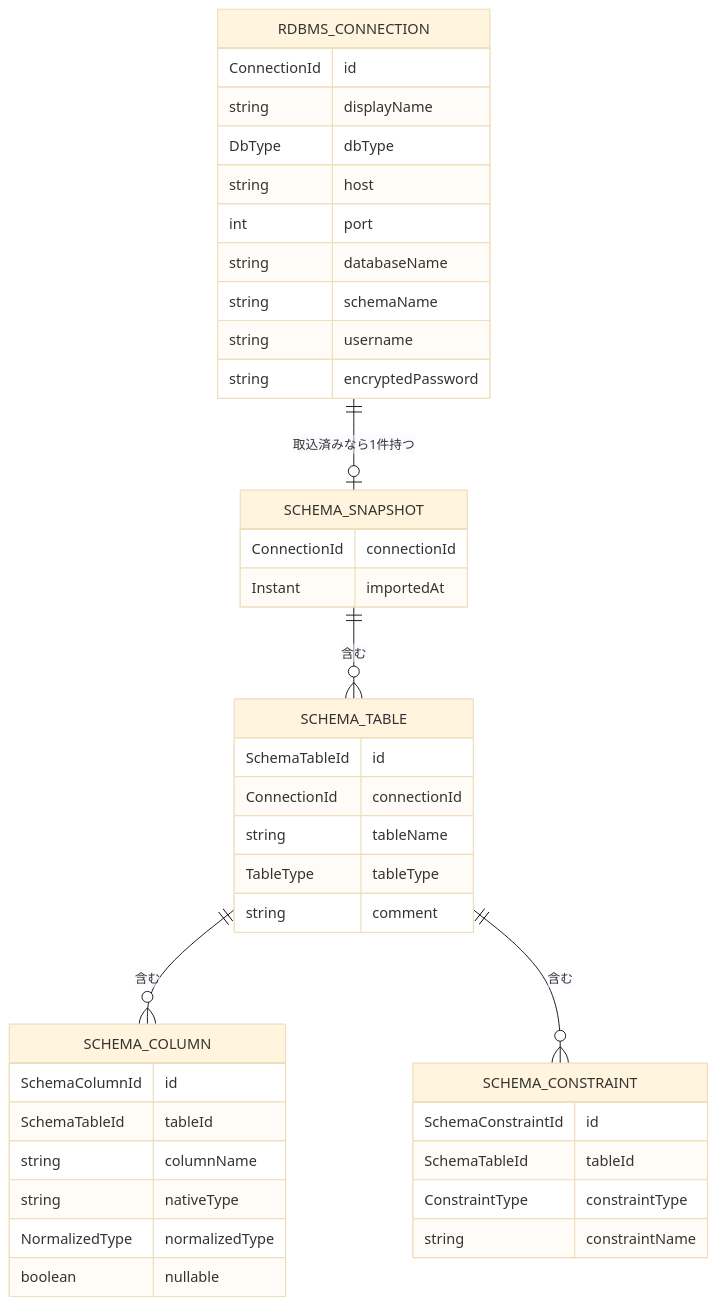
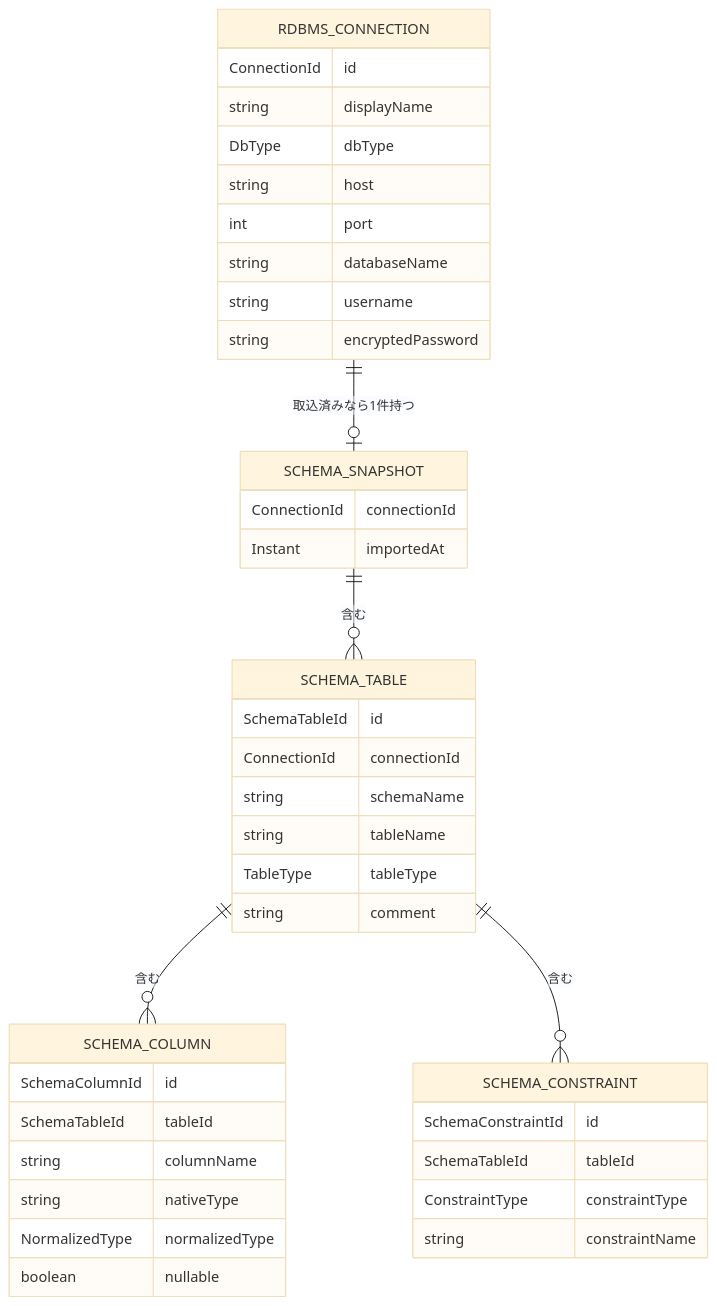
Before and after one commit to agwlvssainokuni/MasterMeister4: the diagram in aidlc-docs/construction/unit-03/functional-design/domain-entities.md, drawn with Mermaid (base theme). The commit also changed other lines of this file and 41 other files, not shown here.

````diff
--- a/aidlc-docs/construction/unit-03/functional-design/domain-entities.md
+++ b/aidlc-docs/construction/unit-03/functional-design/domain-entities.md
@@ -105,44 +108,44 @@
 ```mermaid
 erDiagram
     RDBMS_CONNECTION ||--o| SCHEMA_SNAPSHOT : "取込済みなら1件持つ"
     SCHEMA_SNAPSHOT ||--o{ SCHEMA_TABLE : "含む"
     SCHEMA_TABLE ||--o{ SCHEMA_COLUMN : "含む"
     SCHEMA_TABLE ||--o{ SCHEMA_CONSTRAINT : "含む"
 
     RDBMS_CONNECTION {
         ConnectionId id
         string displayName
         DbType dbType
         string host
         int port
         string databaseName
-        string schemaName
         string username
         string encryptedPassword
     }
     SCHEMA_SNAPSHOT {
         ConnectionId connectionId
         Instant importedAt
     }
     SCHEMA_TABLE {
         SchemaTableId id
         ConnectionId connectionId
+        string schemaName
         string tableName
         TableType tableType
         string comment
     }
     SCHEMA_COLUMN {
         SchemaColumnId id
         SchemaTableId tableId
         string columnName
         string nativeType
         NormalizedType normalizedType
         boolean nullable
     }
     SCHEMA_CONSTRAINT {
         SchemaConstraintId id
         SchemaTableId tableId
         ConstraintType constraintType
         string constraintName
     }
 ```
````
